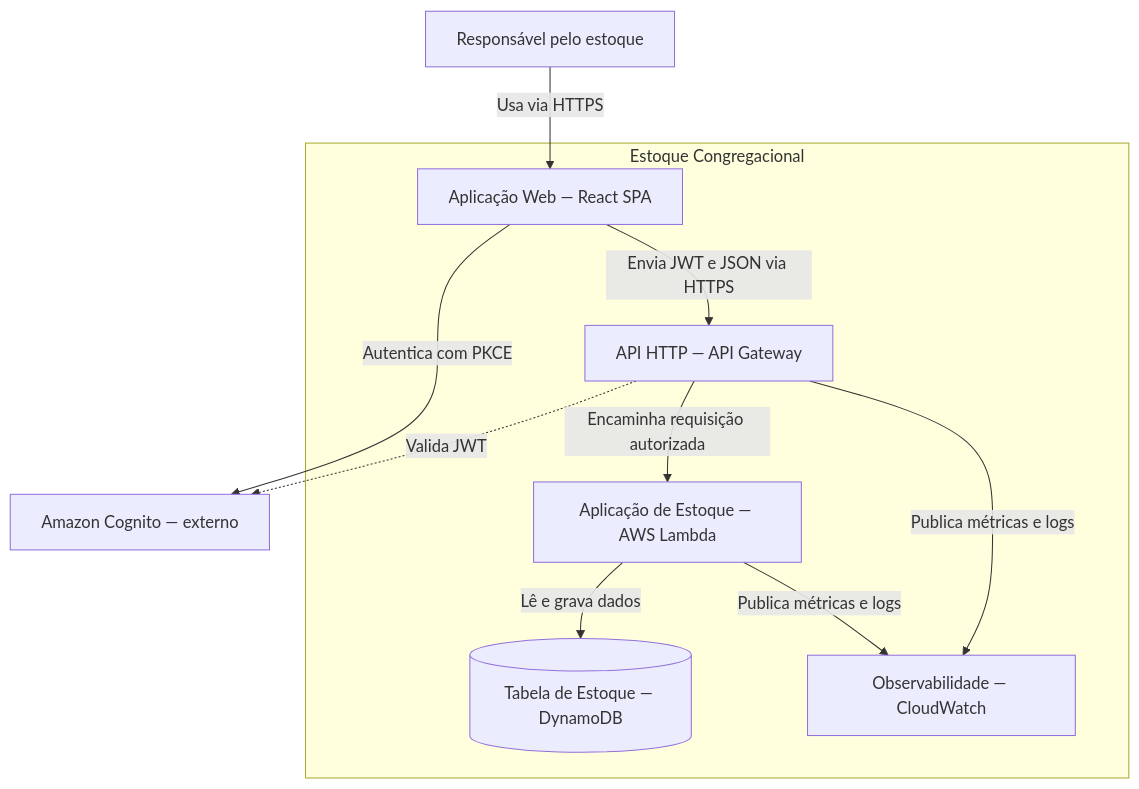
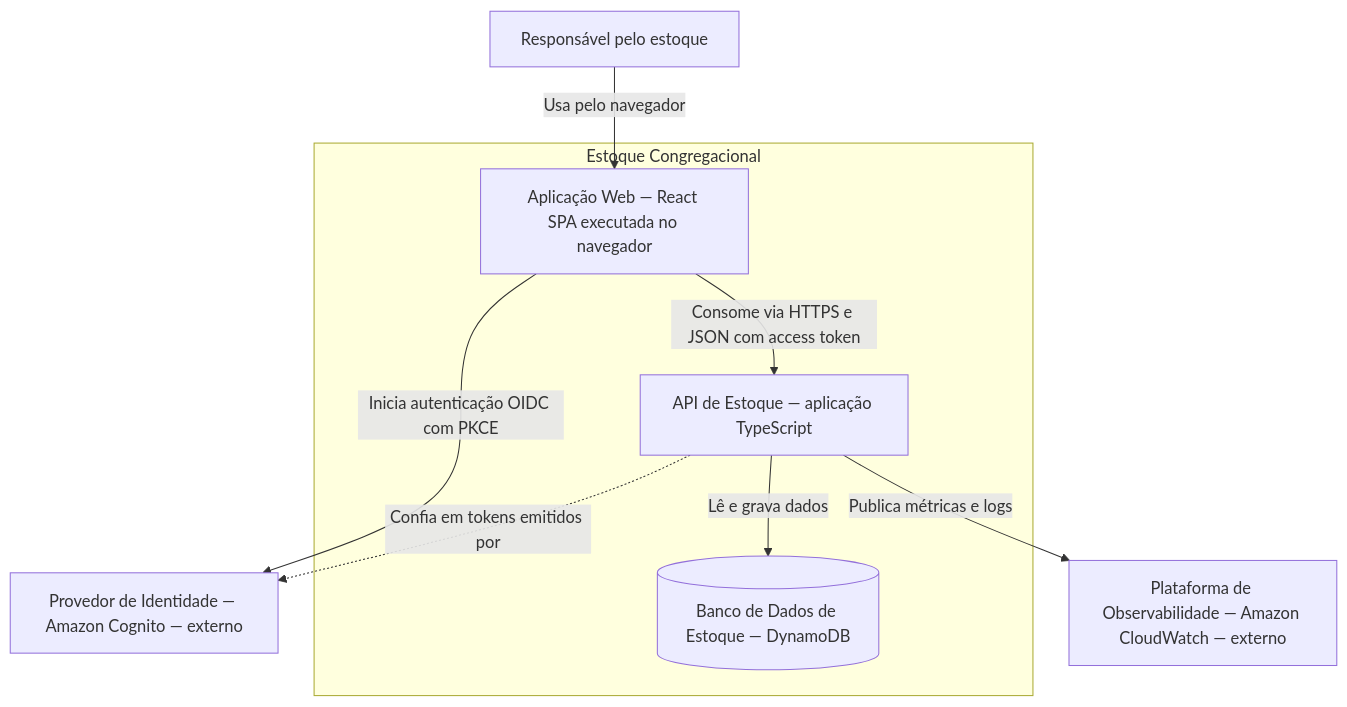
Before and after one commit to TiagoAlves14/estoque-congregacional: the diagram in docs/diagrams/containers.mmd, drawn with Mermaid. The commit also changed 6 other files, not shown here.

Commit message:
docs: corrige fluxo web e emissão de JWT

```diff
--- a/docs/diagrams/containers.mmd
+++ b/docs/diagrams/containers.mmd
@@ -1,20 +1,17 @@
 flowchart TB
     usuario["Responsável pelo estoque"]
-    cognito["Amazon Cognito — externo"]
+    cognito["Provedor de Identidade — Amazon Cognito — externo"]
+    observabilidade["Plataforma de Observabilidade — Amazon CloudWatch — externo"]
 
     subgraph sistema["Estoque Congregacional"]
-        web["Aplicação Web — React SPA"]
-        gateway["API HTTP — API Gateway"]
-        backend["Aplicação de Estoque — AWS Lambda"]
-        banco[("Tabela de Estoque — DynamoDB")]
-        observabilidade["Observabilidade — CloudWatch"]
+        web["Aplicação Web — React SPA executada no navegador"]
+        api["API de Estoque — aplicação TypeScript"]
+        banco[("Banco de Dados de Estoque — DynamoDB")]
     end
 
-    usuario -->|Usa via HTTPS| web
-    web -->|Autentica com PKCE| cognito
-    web -->|Envia JWT e JSON via HTTPS| gateway
-    gateway -.->|Valida JWT| cognito
-    gateway -->|Encaminha requisição autorizada| backend
-    backend -->|Lê e grava dados| banco
-    gateway -->|Publica métricas e logs| observabilidade
-    backend -->|Publica métricas e logs| observabilidade
+    usuario -->|Usa pelo navegador| web
+    web -->|Inicia autenticação OIDC com PKCE| cognito
+    web -->|Consome via HTTPS e JSON com access token| api
+    api -.->|Confia em tokens emitidos por| cognito
+    api -->|Lê e grava dados| banco
+    api -->|Publica métricas e logs| observabilidade
```
